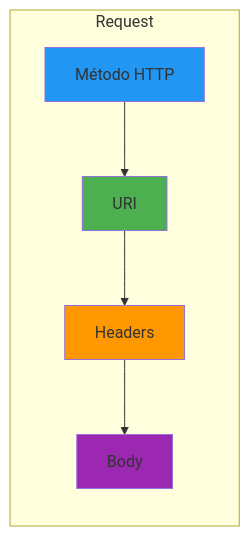
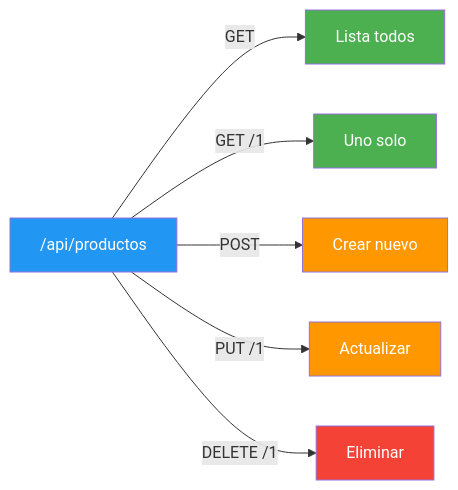
The third of 4 diagrams in 02-rest-api.md (joseluisgs/DesarrolloWebEntornosServidor-02-2026-2027), drawn with Mermaid before and after one commit. The commit also changed other lines of this file and 1 other file, not shown here.

````diff
--- a/02-rest-api.md
+++ b/02-rest-api.md
@@ -162,13 +103,14 @@
 ```mermaid
 flowchart LR
-    subgraph Request
-        A[Método HTTP] --> B[URI]
-        B --> C[Headers]
-        C --> D[Body]
-    end
-    
-    style A fill:#2196F3
-    style B fill:#4CAF50
-    style C fill:#FF9800
-    style D fill:#9C27B0
+    A["/api/productos"] -->|GET| B["Lista todos"]
+    A -->|GET /1| C["Uno solo"]
+    A -->|POST| D["Crear nuevo"]
+    A -->|PUT /1| E["Actualizar"]
+    A -->|DELETE /1| F["Eliminar"]
+    style A fill:#2196F3,color:#fff
+    style B fill:#4CAF50,color:#fff
+    style C fill:#4CAF50,color:#fff
+    style D fill:#FF9800,color:#fff
+    style E fill:#FF9800,color:#fff
+    style F fill:#f44336,color:#fff
 ```
````
